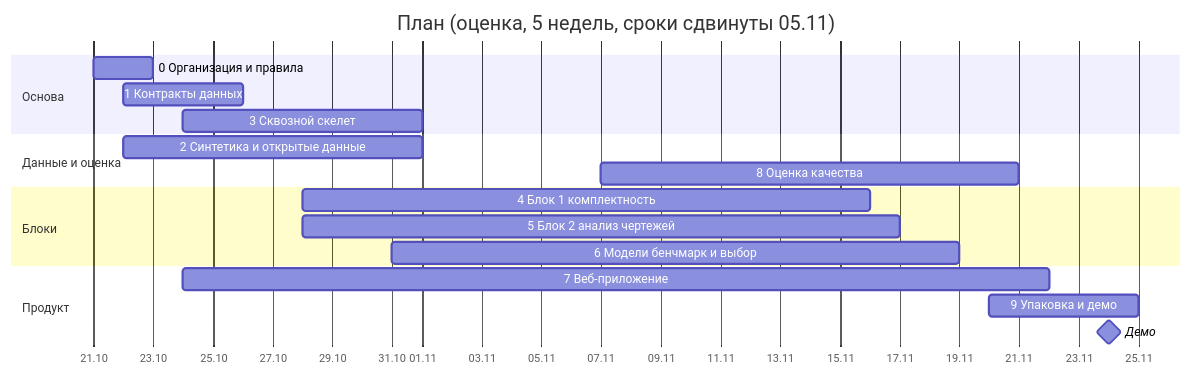
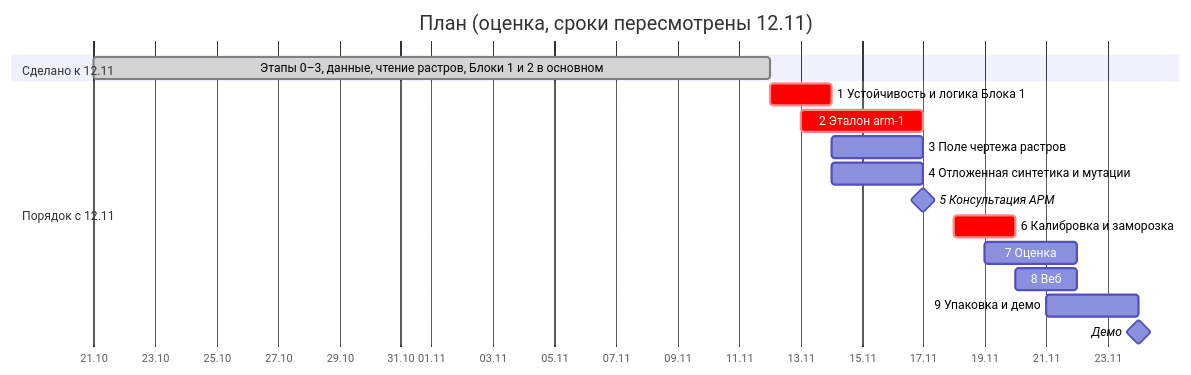
The diagram in docs/PLAN.md (EkaterinaGrisha/ARM), drawn with Mermaid before and after one commit. The commit also changed other lines of this file and 1 other file, not shown here.

````diff
--- a/docs/PLAN.md
+++ b/docs/PLAN.md
@@ -48,21 +48,19 @@
 ```mermaid
 gantt
-    title План (оценка, 5 недель, сроки сдвинуты 05.11)
+    title План (оценка, сроки пересмотрены 12.11)
     dateFormat YYYY-MM-DD
     axisFormat %d.%m
-    section Основа
-    0 Организация и правила        :s0, 2026-10-21, 2d
-    1 Контракты данных             :s1, 2026-10-22, 4d
-    3 Сквозной скелет              :s3, 2026-10-24, 8d
-    section Данные и оценка
-    2 Синтетика и открытые данные  :s2, 2026-10-22, 10d
-    8 Оценка качества              :s8, 2026-11-07, 14d
-    section Блоки
-    4 Блок 1 комплектность         :s4, 2026-10-28, 19d
-    5 Блок 2 анализ чертежей       :s5, 2026-10-28, 20d
-    6 Модели бенчмарк и выбор      :s6, 2026-10-31, 19d
-    section Продукт
-    7 Веб-приложение               :s7, 2026-10-24, 29d
-    9 Упаковка и демо              :s9, 2026-11-20, 5d
-    Демо                           :milestone, m1, 2026-11-24, 0d
+    section Сделано к 12.11
+    Этапы 0–3, данные, чтение растров, Блоки 1 и 2 в основном :done, d0, 2026-10-21, 2026-11-12
+    section Порядок с 12.11
+    1 Устойчивость и логика Блока 1   :crit, a1, 2026-11-12, 2d
+    2 Эталон arm-1                    :crit, a2, 2026-11-13, 4d
+    3 Поле чертежа растров            :a3, 2026-11-14, 3d
+    4 Отложенная синтетика и мутации  :a4, 2026-11-14, 3d
+    5 Консультация АРМ                :milestone, a5, 2026-11-17, 0d
+    6 Калибровка и заморозка          :crit, a6, 2026-11-18, 2d
+    7 Оценка                          :a7, 2026-11-19, 3d
+    8 Веб                             :a8, 2026-11-20, 2d
+    9 Упаковка и демо                 :a9, 2026-11-21, 3d
+    Демо                              :milestone, m1, 2026-11-24, 0d
 ```
````
